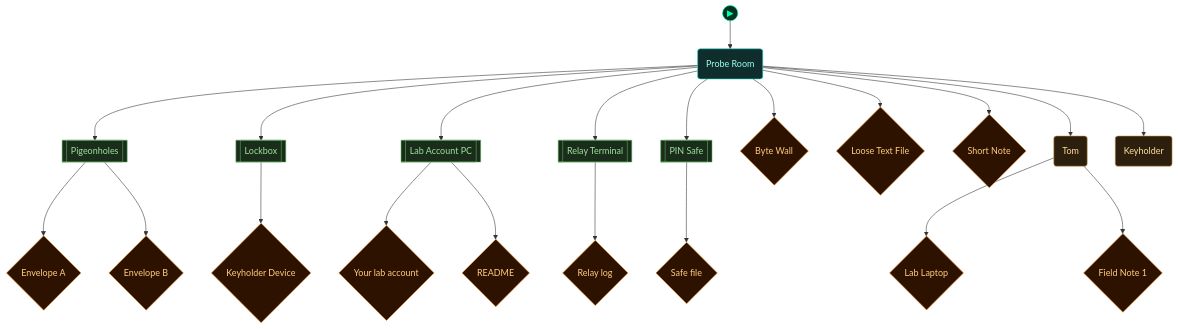
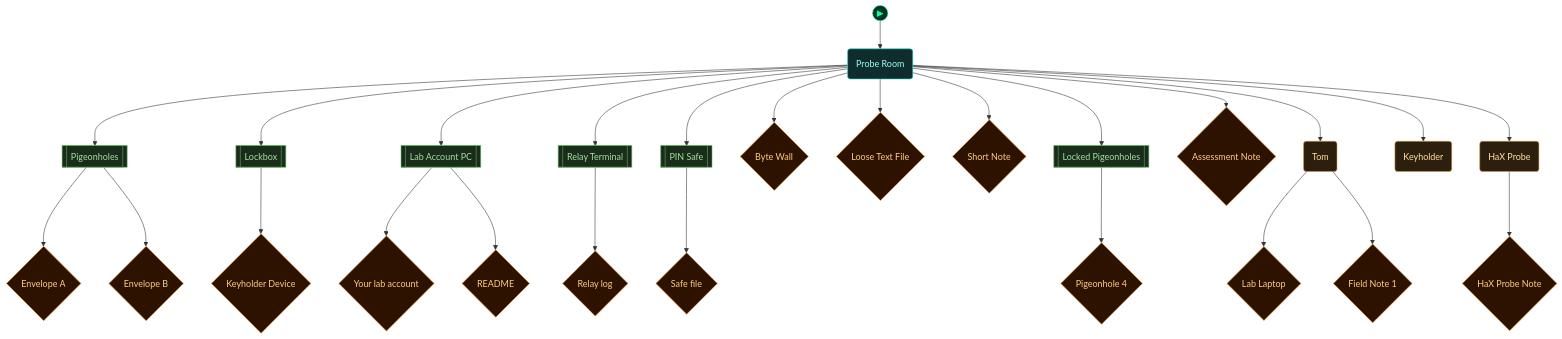
One commit to cliffe/BreakEscape changed the fifth of 5 diagrams in scenarios/test-tesseract-probes/dungeon_graph.md. Above: the diagram before and after it, drawn with Mermaid. The commit also changed other lines of this file and 66 other files, not shown here.

First line of the commit message:
feat: update dungeon graphs for test_social_slice and add test_unlock_silence scenario

````diff
--- a/scenarios/test-tesseract-probes/dungeon_graph.md
+++ b/scenarios/test-tesseract-probes/dungeon_graph.md
@@ -194,68 +200,78 @@
 ```mermaid
 flowchart TD
 
   classDef room      fill:#0f2d2d,stroke:#22ddcc,color:#a0ffee
   classDef lock      fill:#2d0f0f,stroke:#e66060,color:#ffa0a0
   classDef key       fill:#2d0812,stroke:#e66060,color:#ffa0a0
   classDef item      fill:#2d1200,stroke:#e89030,color:#ffcc80
   classDef gate      fill:#111,stroke:#666,color:#eee
   classDef vm        fill:#0c1f40,stroke:#4a90d9,color:#a0c8ff
   classDef flag      fill:#1a0c2d,stroke:#9060d0,color:#cc99ff
   classDef action    fill:#1a1200,stroke:#cc9922,color:#ffee88
   classDef aim       fill:#0d2a0d,stroke:#44cc44,color:#88ff88
   classDef aim_gate  fill:#111111,stroke:#44cc44,color:#44cc44
   classDef container fill:#1a2d1a,stroke:#60b060,color:#a0e0a0
   classDef npc       fill:#2d1f0d,stroke:#d0a050,color:#ffe0a0
   classDef critical  fill:#2a1500,stroke:#ffaa00,color:#ffdd88
   classDef start     fill:#003322,stroke:#00ffaa,color:#00ffaa
 
   node_start(("▶"))
   node_start --> probe_room
 
   probe_room("Probe Room")
   rc_pigeonholes_1[["Pigeonholes"]]
   rc_envelope_a_2{"Envelope A"}
   rc_envelope_b_3{"Envelope B"}
   rc_lockbox_4[["Lockbox"]]
   rc_keyholder_device_5{"Keyholder Device"}
   rc_lab_pc_6[["Lab Account PC"]]
   rc_lab_account_7{"Your lab account"}
   rc_lab_readme_8{"README"}
   rc_relay_pc_9[["Relay Terminal"]]
   rc_relay_log_10{"Relay log"}
   rc_pin_safe_11[["PIN Safe"]]
   rc_safe_file_12{"Safe file"}
   rc_byte_wall_13{"Byte Wall"}
   rc_loose_file_14{"Loose Text File"}
   rc_short_note_15{"Short Note"}
-  rc_npc_tom_16("Tom")
-  rc_lab_laptop_17{"Lab Laptop"}
-  rc_field_note_18{"Field Note 1"}
-  rc_npc_keyholder_19("Keyholder")
+  rc_pigeonholes_locked_16[["Locked Pigeonholes"]]
+  rc_locked_env_17{"Pigeonhole 4"}
+  rc_assess_note_18{"Assessment Note"}
+  rc_npc_tom_19("Tom")
+  rc_lab_laptop_20{"Lab Laptop"}
+  rc_field_note_21{"Field Note 1"}
+  rc_npc_keyholder_22("Keyholder")
+  rc_npc_hax_probe_23("HaX Probe")
+  rc_hax_note_24{"HaX Probe Note"}
 
   probe_room --> rc_pigeonholes_1
   rc_pigeonholes_1 --> rc_envelope_a_2
   rc_pigeonholes_1 --> rc_envelope_b_3
   probe_room --> rc_lockbox_4
   rc_lockbox_4 --> rc_keyholder_device_5
   probe_room --> rc_lab_pc_6
   rc_lab_pc_6 --> rc_lab_account_7
   rc_lab_pc_6 --> rc_lab_readme_8
   probe_room --> rc_relay_pc_9
   rc_relay_pc_9 --> rc_relay_log_10
   probe_room --> rc_pin_safe_11
   rc_pin_safe_11 --> rc_safe_file_12
   probe_room --> rc_byte_wall_13
   probe_room --> rc_loose_file_14
   probe_room --> rc_short_note_15
-  probe_room --> rc_npc_tom_16
-  rc_npc_tom_16 --> rc_lab_laptop_17
-  rc_npc_tom_16 --> rc_field_note_18
-  probe_room --> rc_npc_keyholder_19
+  probe_room --> rc_pigeonholes_locked_16
+  rc_pigeonholes_locked_16 --> rc_locked_env_17
+  probe_room --> rc_assess_note_18
+  probe_room --> rc_npc_tom_19
+  rc_npc_tom_19 --> rc_lab_laptop_20
+  rc_npc_tom_19 --> rc_field_note_21
+  probe_room --> rc_npc_keyholder_22
+  probe_room --> rc_npc_hax_probe_23
+  rc_npc_hax_probe_23 --> rc_hax_note_24
 
   class probe_room room
-  class rc_pigeonholes_1,rc_lockbox_4,rc_lab_pc_6,rc_relay_pc_9,rc_pin_safe_11 container
-  class rc_envelope_a_2,rc_envelope_b_3,rc_keyholder_device_5,rc_lab_account_7,rc_lab_readme_8,rc_relay_log_10,rc_safe_file_12,rc_byte_wall_13,rc_loose_file_14,rc_short_note_15,rc_lab_laptop_17,rc_field_note_18 item
-  class rc_npc_tom_16,rc_npc_keyholder_19 npc
+  class rc_pigeonholes_1,rc_lockbox_4,rc_lab_pc_6,rc_relay_pc_9,rc_pin_safe_11,rc_pigeonholes_locked_16 container
+  class rc_envelope_a_2,rc_envelope_b_3,rc_keyholder_device_5,rc_lab_account_7,rc_lab_readme_8,rc_relay_log_10,rc_safe_file_12,rc_byte_wall_13,rc_loose_file_14,rc_short_note_15,rc_locked_env_17,rc_assess_note_18,rc_lab_laptop_20,rc_field_note_21,rc_hax_note_24 item
+  class rc_npc_tom_19,rc_npc_keyholder_22,rc_npc_hax_probe_23 npc
   class node_start start
 ```
````
